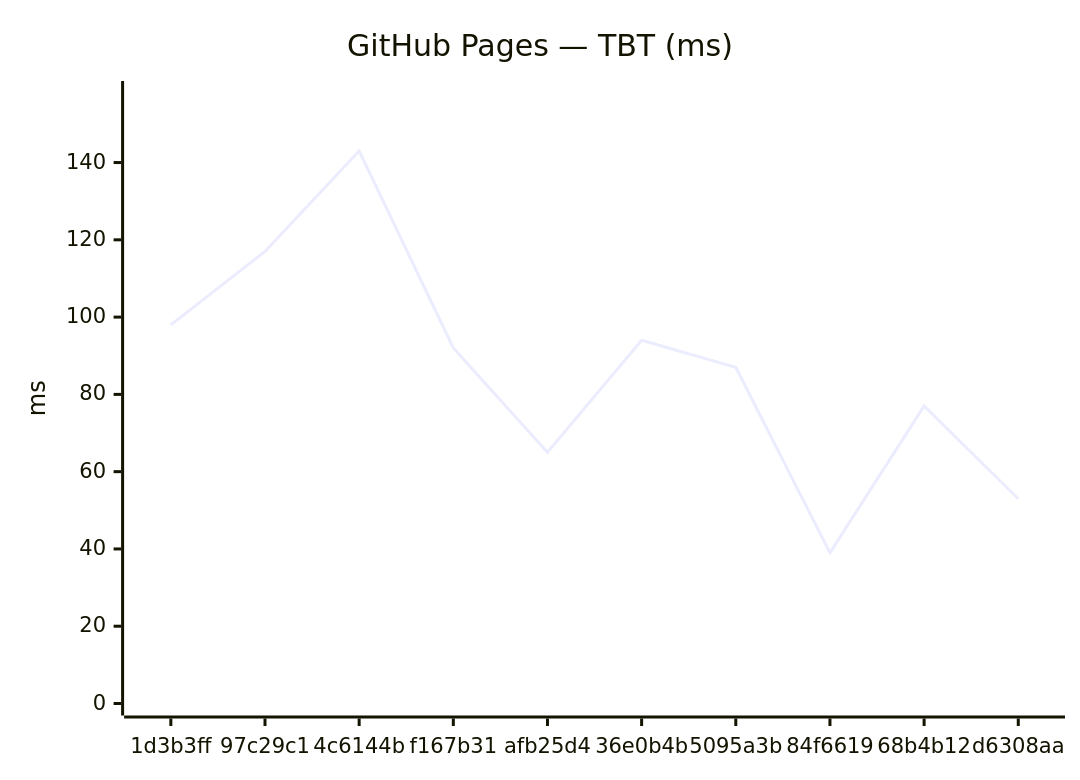
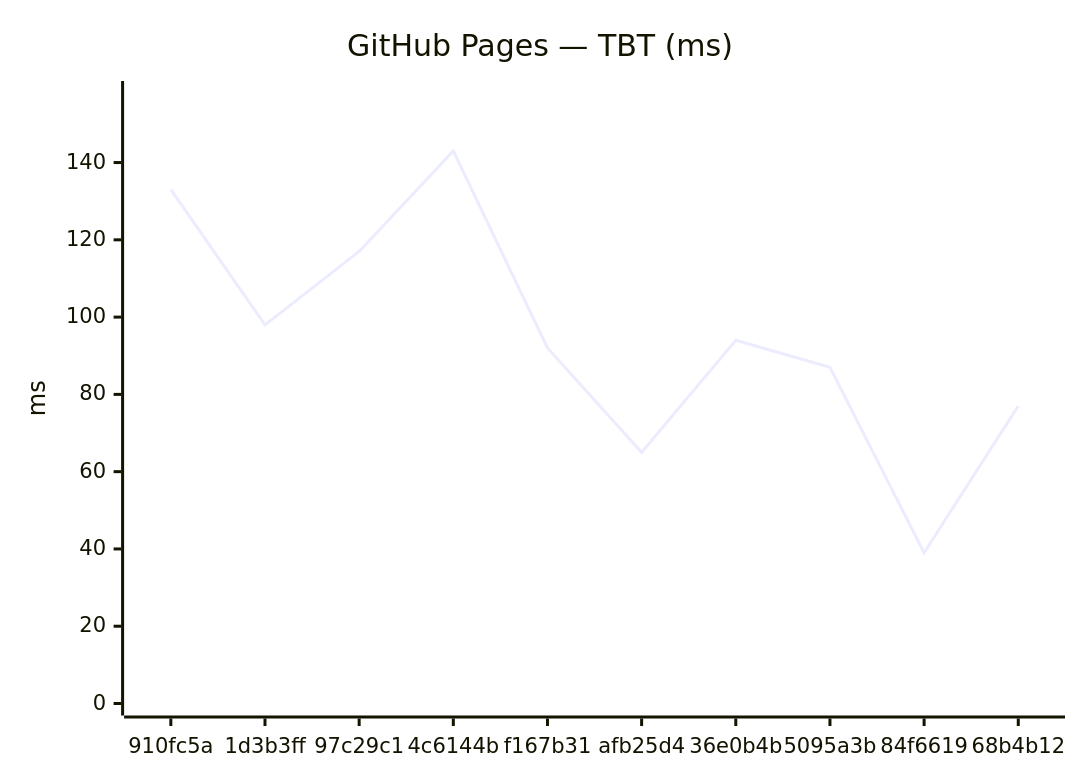
The fourth of 18 diagrams in benchmarks/compare.md (Metaheurist/Rianell), drawn with Mermaid before and after one commit. The commit also changed other lines of this file and 11 other files, not shown here.

````diff
--- a/benchmarks/compare.md
+++ b/benchmarks/compare.md
@@ -61,7 +61,7 @@
 ```mermaid
 xychart-beta
     title "GitHub Pages — TBT (ms)"
-    x-axis ["1d3b3ff", "97c29c1", "4c6144b", "f167b31", "afb25d4", "36e0b4b", "5095a3b", "84f6619", "68b4b12", "d6308aa"]
+    x-axis ["910fc5a", "1d3b3ff", "97c29c1", "4c6144b", "f167b31", "afb25d4", "36e0b4b", "5095a3b", "84f6619", "68b4b12"]
     y-axis "ms" 0 --> 158
-    line [98, 117, 143, 92, 65, 94, 87, 39, 77, 53]
+    line [133, 98, 117, 143, 92, 65, 94, 87, 39, 77]
 ```
````
